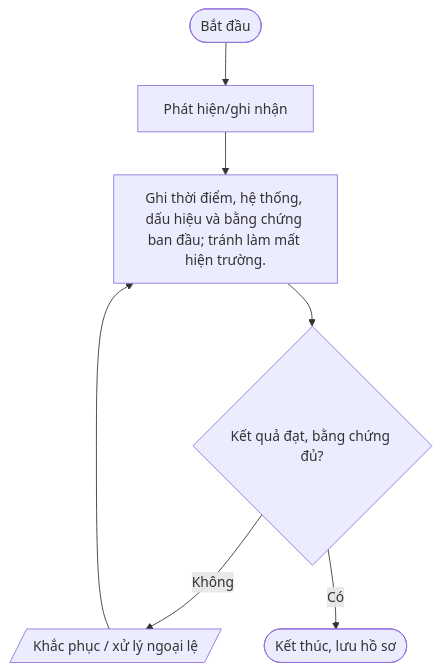
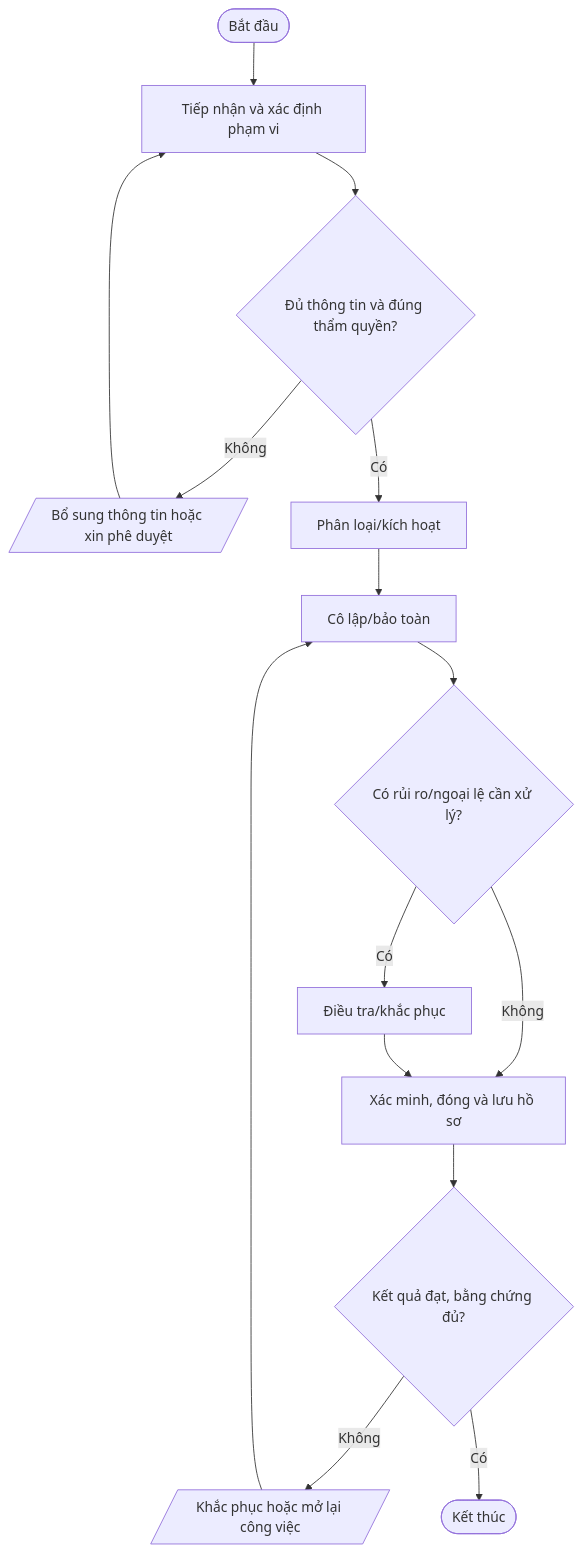
Before and after one commit to daoaigiangnam/Quy_Trinh_Chuan: the fifth of 11 diagrams in quy-trinh/03-An-toan-thong-tin/README.md, drawn with Mermaid. The commit also changed other lines of this file, not shown here.

Commit message:
docs: refine detailed procedure steps and Mermaid flowcharts

````diff
--- a/quy-trinh/03-An-toan-thong-tin/README.md
+++ b/quy-trinh/03-An-toan-thong-tin/README.md
@@ -334,11 +409,17 @@
 ```mermaid
 flowchart TD
-  A([Bắt đầu]) --> S1
-  S1["Phát hiện/ghi nhận"]
-  S2["Ghi thời điểm, hệ thống, dấu hiệu và bằng chứng ban đầu; tránh làm mất hiện trường."]
-  S1 --> S2
-  S2 --> D2{"Kết quả đạt, bằng chứng đủ?"}
-  D2 -- Không --> REWORK[/"Khắc phục / xử lý ngoại lệ"/]
-  REWORK --> S2
-  D2 -- Có --> Z([Kết thúc, lưu hồ sơ])
+  A([Bắt đầu]) --> S1["Tiếp nhận và xác định phạm vi"]
+  S1 --> D1{"Đủ thông tin và đúng thẩm quyền?"}
+  D1 -- Không --> F1[/"Bổ sung thông tin hoặc xin phê duyệt"/]
+  F1 --> S1
+  D1 -- Có --> S2["Phân loại/kích hoạt"]
+  S2 --> S3["Cô lập/bảo toàn"]
+  S3 --> D2{"Có rủi ro/ngoại lệ cần xử lý?"}
+  D2 -- Có --> S4["Điều tra/khắc phục"]
+  D2 -- Không --> S5["Xác minh, đóng và lưu hồ sơ"]
+  S4 --> S5
+  S5 --> D3{"Kết quả đạt, bằng chứng đủ?"}
+  D3 -- Không --> R[/"Khắc phục hoặc mở lại công việc"/]
+  R --> S3
+  D3 -- Có --> Z([Kết thúc])
 ```
````
